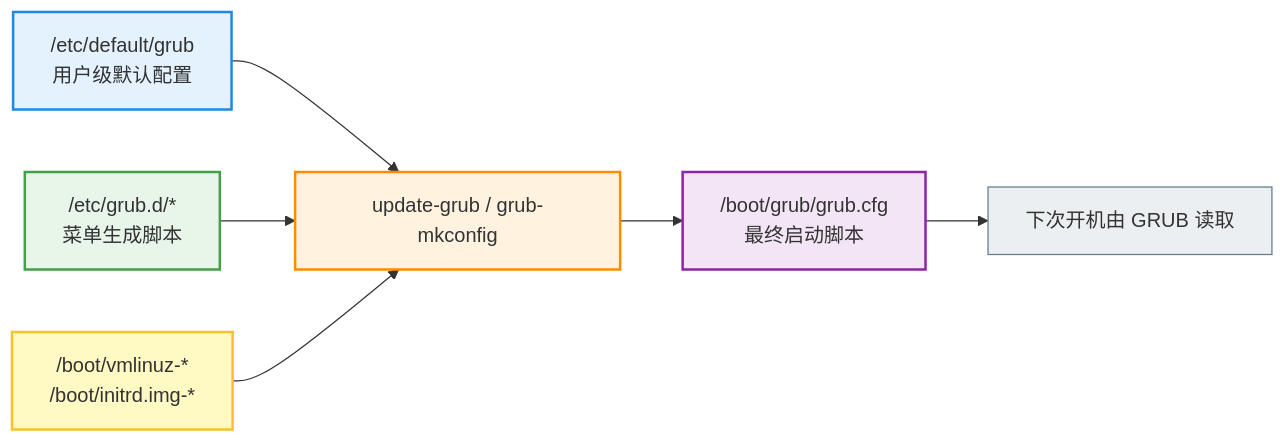
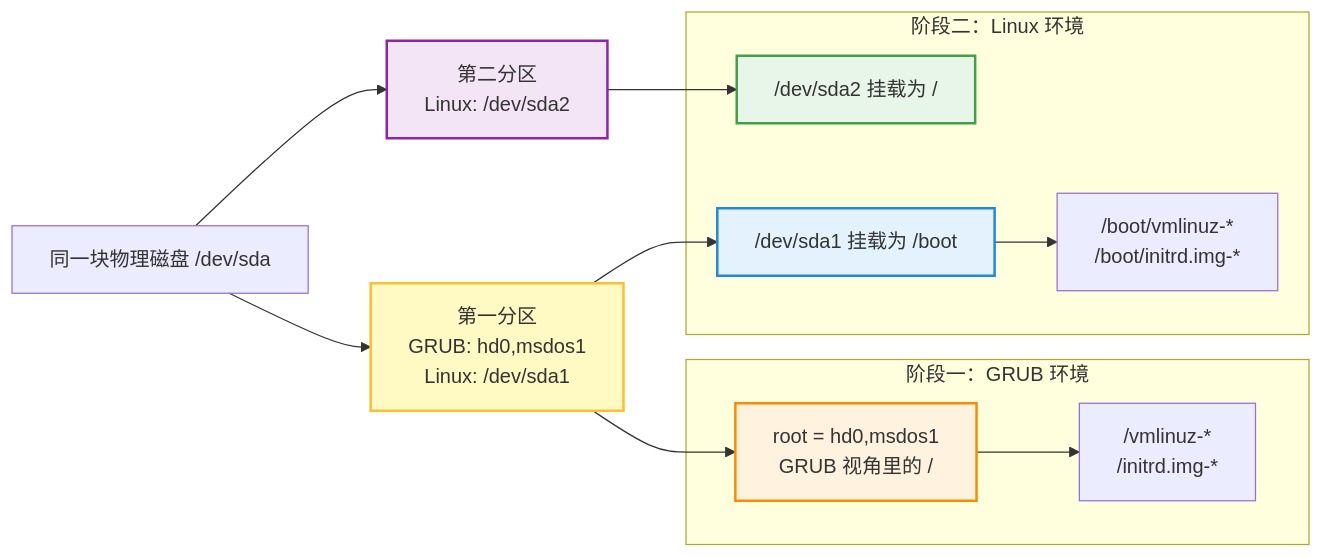
One commit to puppylpg/puppylpg.github.io changed the second of 3 diagrams in _posts/2026-06-10-grub-kernel-boot-relationship.md. Above: the diagram before and after it, drawn with Mermaid. The commit also changed other lines of this file and 5 other files, not shown here.

````diff
--- a/_posts/2026-06-10-grub-kernel-boot-relationship.md
+++ b/_posts/2026-06-10-grub-kernel-boot-relationship.md
@@ -142,15 +105,28 @@
 ```mermaid
 flowchart LR
-    defaultCfg["/etc/default/grub<br/>用户级默认配置"] --> mkconfig["update-grub / grub-mkconfig"]
-    scripts["/etc/grub.d/*<br/>菜单生成脚本"] --> mkconfig
-    bootFiles["/boot/vmlinuz-*<br/>/boot/initrd.img-*"] --> mkconfig
-    mkconfig --> grubCfg["/boot/grub/grub.cfg<br/>最终启动脚本"]
-    grubCfg --> grubBoot["下次开机由 GRUB 读取"]
+    disk["同一块物理磁盘 /dev/sda"] --> p1["第一分区<br/>GRUB: hd0,msdos1<br/>Linux: /dev/sda1"]
+    disk --> p2["第二分区<br/>Linux: /dev/sda2"]
 
-    style defaultCfg fill:#e3f2fd,stroke:#1e88e5,stroke-width:2px
-    style scripts fill:#e8f5e9,stroke:#43a047,stroke-width:2px
-    style bootFiles fill:#fff9c4,stroke:#fbc02d,stroke-width:2px
-    style mkconfig fill:#fff3e0,stroke:#fb8c00,stroke-width:2px
-    style grubCfg fill:#f3e5f5,stroke:#8e24aa,stroke-width:2px
-    style grubBoot fill:#eceff1,stroke:#607d8b,stroke-width:1px
+    subgraph grubStage["阶段一：GRUB 环境"]
+      grubRoot["root = hd0,msdos1<br/>GRUB 视角里的 /"]
+      grubKernel["/vmlinuz-*<br/>/initrd.img-*"]
+      grubRoot --> grubKernel
+    end
+
+    subgraph linuxStage["阶段二：Linux 环境"]
+      linuxRoot["/dev/sda2 挂载为 /"]
+      linuxBoot["/dev/sda1 挂载为 /boot"]
+      linuxKernel["/boot/vmlinuz-*<br/>/boot/initrd.img-*"]
+      linuxBoot --> linuxKernel
+    end
+
+    p1 --> grubRoot
+    p1 --> linuxBoot
+    p2 --> linuxRoot
+
+    style p1 fill:#fff9c4,stroke:#fbc02d,stroke-width:2px
+    style p2 fill:#f3e5f5,stroke:#8e24aa,stroke-width:2px
+    style grubRoot fill:#fff3e0,stroke:#fb8c00,stroke-width:2px
+    style linuxBoot fill:#e3f2fd,stroke:#1e88e5,stroke-width:2px
+    style linuxRoot fill:#e8f5e9,stroke:#43a047,stroke-width:2px
 ```
````
